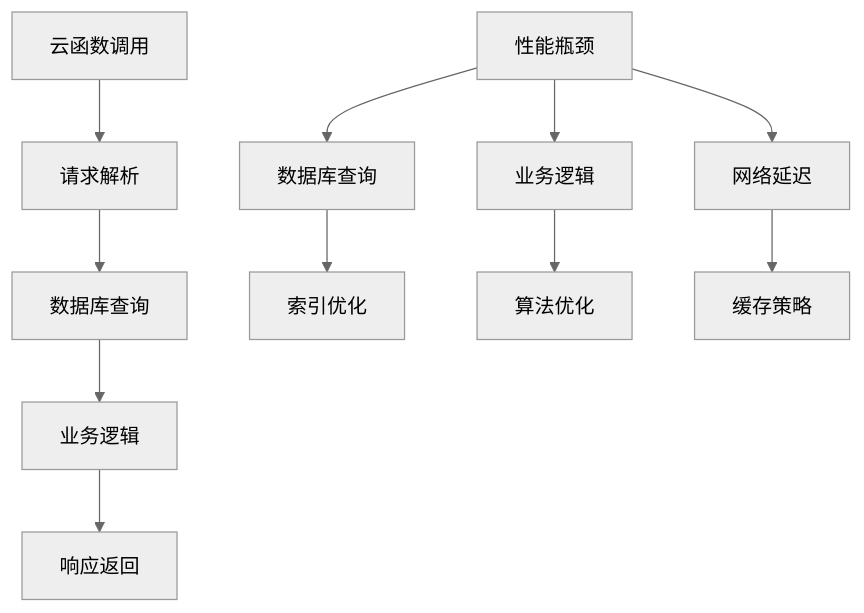
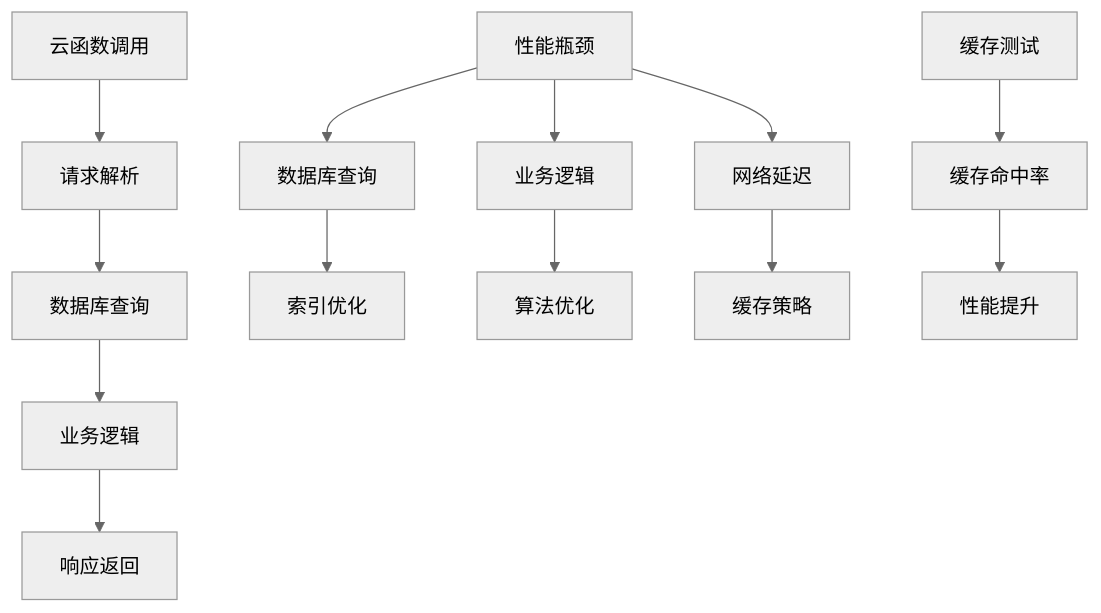
One commit to zhangxin19911211-creator/Project_BabyAssistant changed the fifth of 14 diagrams in .qoder/repowiki/zh/content/性能优化/性能监控方案.md. Above: the diagram before and after it, drawn with Mermaid (neutral theme). The commit also changed other lines of this file and 24 other files, not shown here.

````diff
--- a/.qoder/repowiki/zh/content/性能优化/性能监控方案.md
+++ b/.qoder/repowiki/zh/content/性能优化/性能监控方案.md
@@ -222,13 +298,15 @@
 ```mermaid
 flowchart TD
 A[云函数调用] --> B[请求解析]
 B --> C[数据库查询]
 C --> D[业务逻辑]
 D --> E[响应返回]
 F[性能瓶颈] --> G[数据库查询]
 F --> H[业务逻辑]
 F --> I[网络延迟]
 G --> J[索引优化]
 H --> K[算法优化]
 I --> L[缓存策略]
+M[缓存测试] --> N[缓存命中率]
+N --> O[性能提升]
 ```
````
